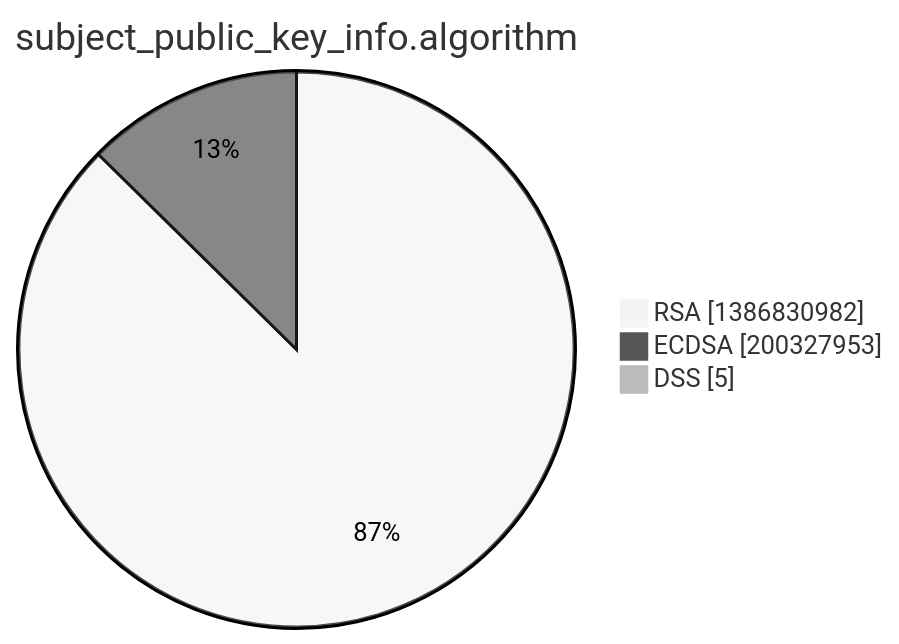
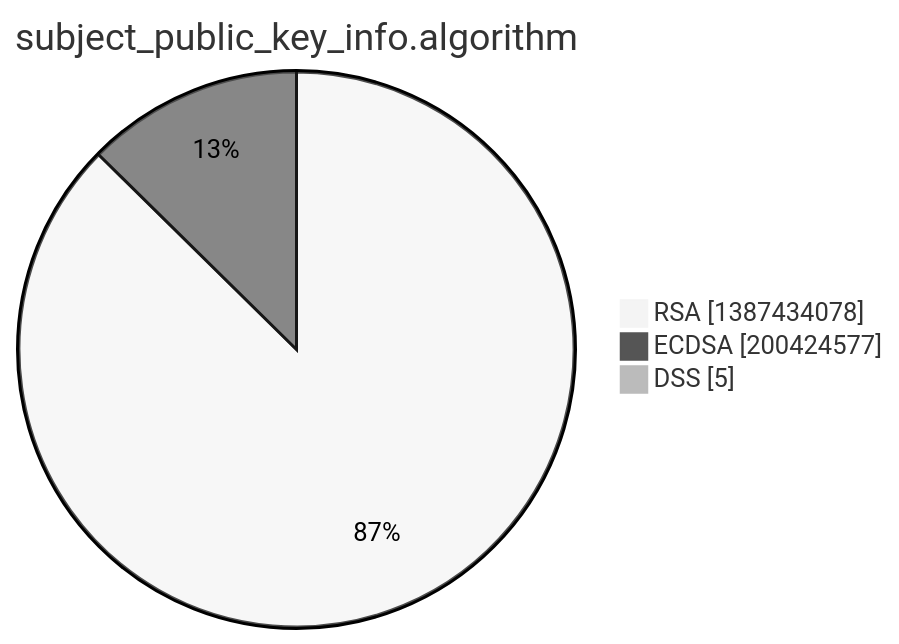
The third of 15 diagrams in xenon2022/README.md (christiankrug/ctmonitor_visualization), drawn with Mermaid (neutral theme) before and after one commit. The commit also changed other lines of this file, not shown here.

````diff
--- a/xenon2022/README.md
+++ b/xenon2022/README.md
@@ -14,7 +14,7 @@
 ```mermaid
 pie showData
 title subject_public_key_info.algorithm
-"RSA" :1386830982
-"ECDSA" :200327953
+"RSA" :1387434078
+"ECDSA" :200424577
 "DSS" :5
 ```
````
